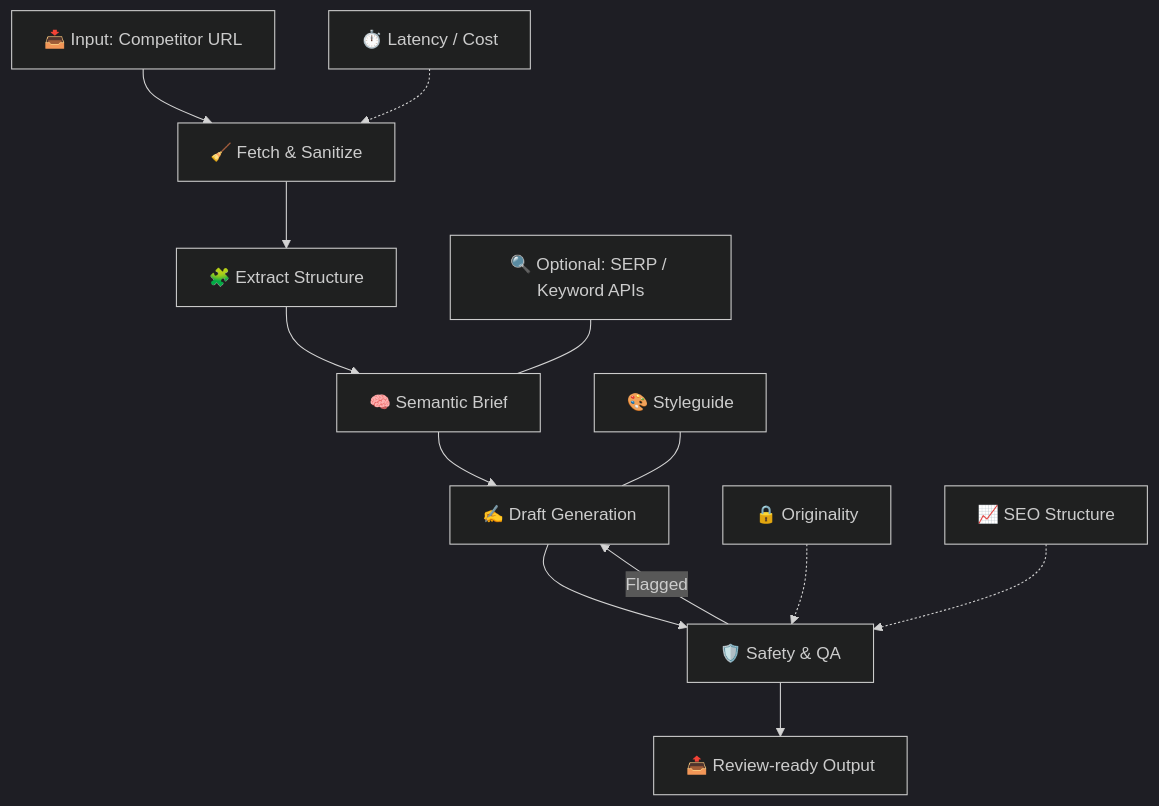
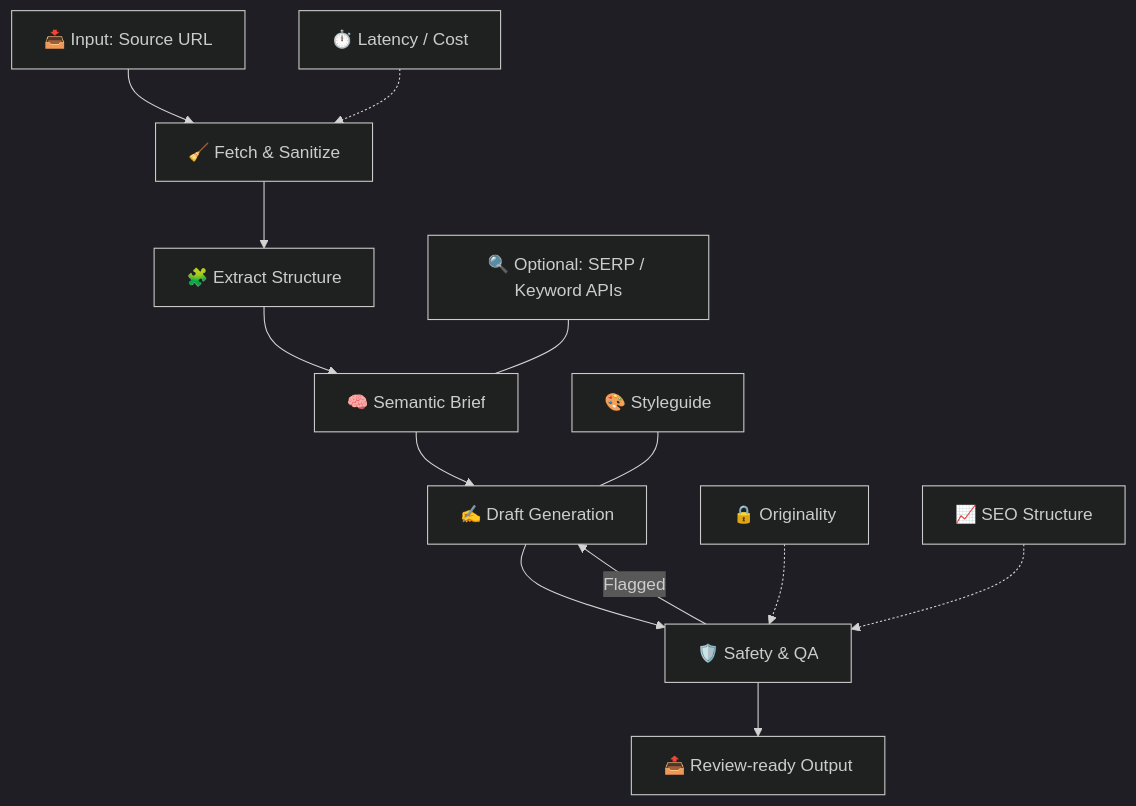
One commit to d1ln/sendseo changed the diagram in README.md. Above: the diagram before and after it, drawn with Mermaid (dark theme). The commit also changed other lines of this file, not shown here.

Commit message:
Update README to reflect 'source' instead of 'competitor'

````diff
--- a/README.md
+++ b/README.md
@@ -14,24 +14,24 @@
 ```mermaid
 flowchart TD
-  A[📥 Input: Competitor URL]
+  A[📥 Input: Source URL]
   B[🧹 Fetch & Sanitize]
   C[🧩 Extract Structure]
   D[🧠 Semantic Brief]
   E[✍️ Draft Generation]
   F[🛡️ Safety & QA]
   G[📤 Review-ready Output]
 
   A --> B --> C --> D --> E --> F --> G
 
   %% Side inputs
   Styleguide[🎨 Styleguide] --- E
   SEOAPI[🔍 Optional: SERP / Keyword APIs] --- D
 
   %% Feedback loop
   F -- Flagged --> E
 
   %% Metrics
   M1[🔒 Originality] -.-> F
   M2[📈 SEO Structure] -.-> F
   M3[⏱️ Latency / Cost] -.-> B
 ```
````
